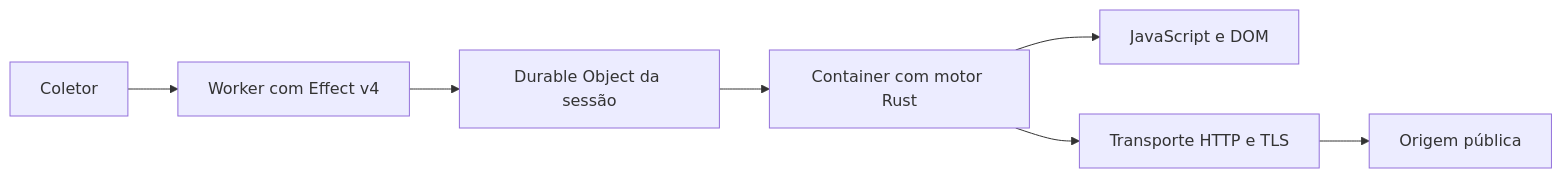
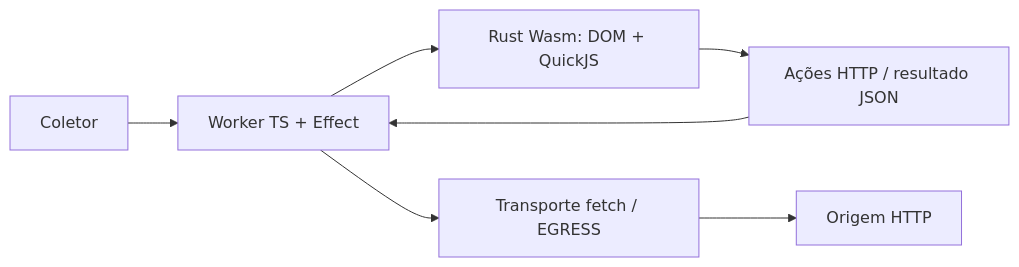
One commit to minutei-ai/nimbo changed the diagram in README.md. Above: the diagram before and after it, drawn with Mermaid. The commit also changed other lines of this file and 22 other files, not shown here.

Commit message:
feat: run Rust browser engine as Wasm inside Workers

````diff
--- a/README.md
+++ b/README.md
@@ -127,9 +36,9 @@
 ```mermaid
 flowchart LR
-    Client[Coletor] --> Worker[Worker com Effect v4]
-    Worker --> Session[Durable Object da sessão]
-    Session --> Engine[Container com motor Rust]
-    Engine --> Runtime[JavaScript e DOM]
-    Engine --> Network[Transporte HTTP e TLS]
-    Network --> Source[Origem pública]
+    Client[Coletor] --> Worker[Worker TS + Effect]
+    Worker --> Engine[Rust Wasm: DOM + QuickJS]
+    Engine --> Actions[Ações HTTP / resultado JSON]
+    Actions --> Worker
+    Worker --> Transport[Transporte fetch / EGRESS]
+    Transport --> Source[Origem HTTP]
 ```
````
